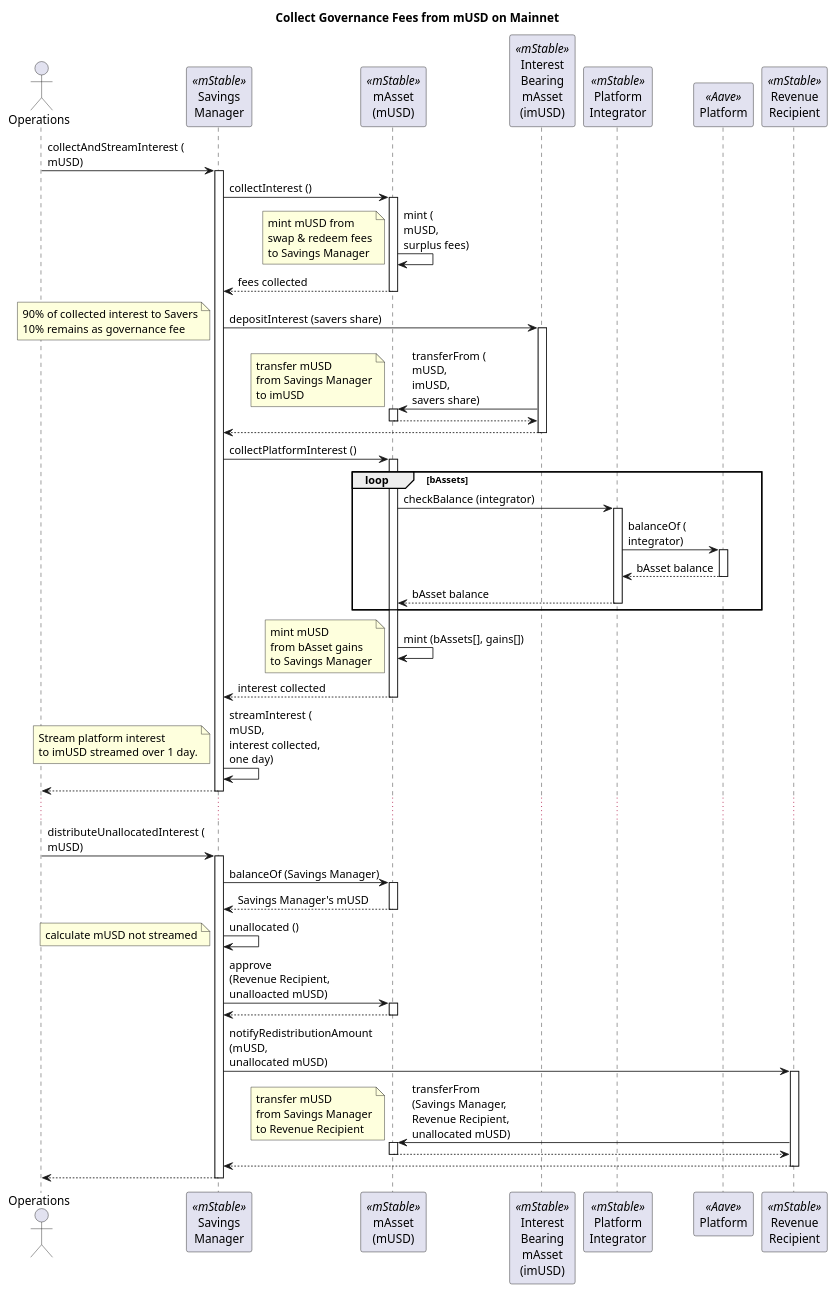
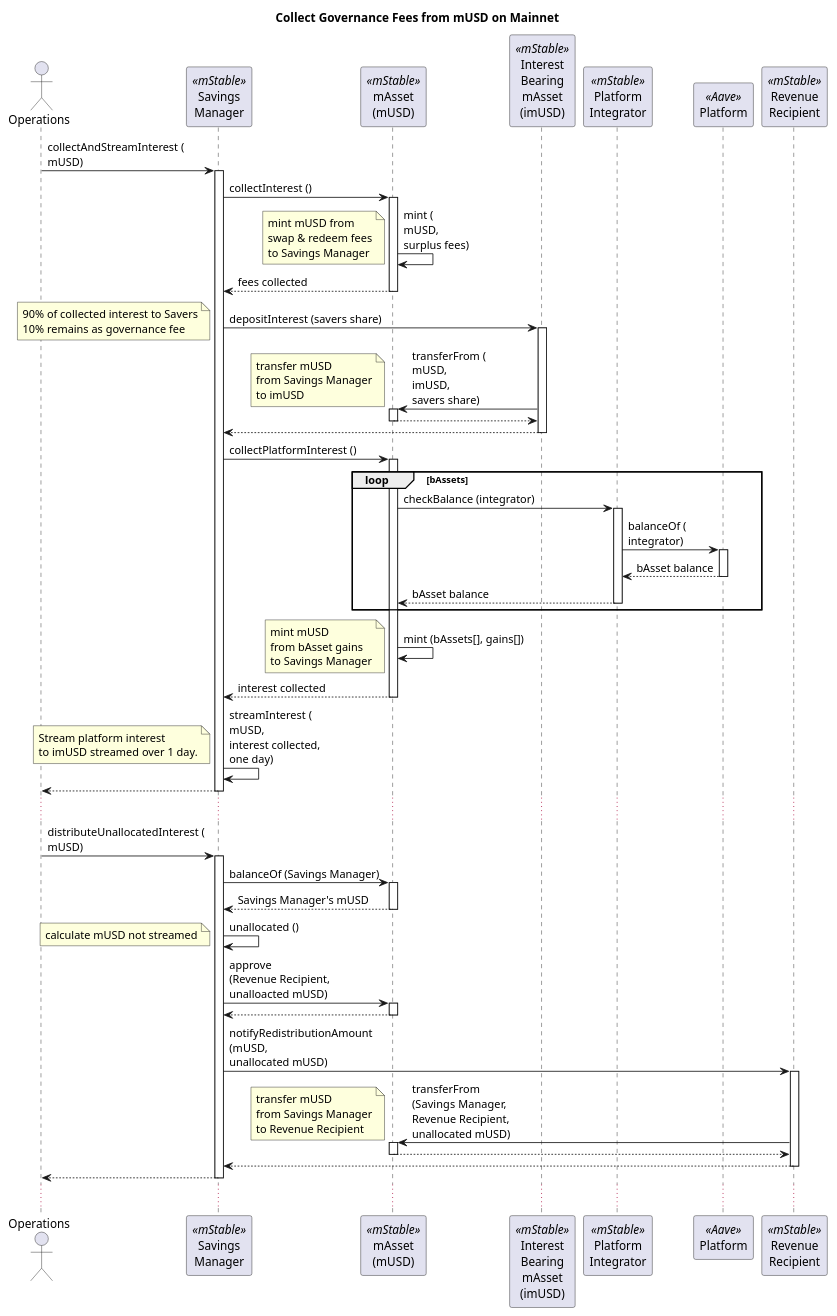
The diagram in govFeeCollection/mainnetMusdFee.puml (mstable/mStable-process-docs), drawn with PlantUML before and after one commit. The commit also changed 6 other files, not shown here.

Commit message:
chore: updated value flows

```diff
--- a/govFeeCollection/mainnetMusdFee.puml
+++ b/govFeeCollection/mainnetMusdFee.puml
@@ -1,67 +1,71 @@
 @startuml
 
 title "Collect Governance Fees from mUSD on Mainnet"
 
 actor "Operations" as op
 participant "Savings\nManager" as sm <<mStable>>
 participant "mAsset\n(mUSD)" as musd <<mStable>>
 participant "Interest\nBearing\nmAsset\n(imUSD)" as imusd <<mStable>>
 participant "Platform\nIntegrator" as int <<mStable>>
 participant "Platform" as p <<Aave>>
 participant "Revenue\nRecipient" as rr <<mStable>>
 
 op -> sm : collectAndStreamInterest (\nmUSD)
 activate sm
 sm -> musd : collectInterest ()
 activate musd
 musd -> musd : mint (\nmUSD,\nsurplus fees)
 note left : mint mUSD from \nswap & redeem fees\nto Savings Manager
 return fees collected
 sm -> imusd : depositInterest (savers share)
 activate imusd
 note left : 90% of collected interest to Savers\n10% remains as governance fee
 imusd -> musd : transferFrom (\nmUSD,\nimUSD,\nsavers share)
 note left : transfer mUSD\nfrom Savings Manager\nto imUSD
 activate musd
 return
 return
 sm -> musd : collectPlatformInterest ()
 activate musd
 loop bAssets
 musd -> int : checkBalance (integrator)
 activate int
 int -> p : balanceOf (\nintegrator)
 activate p
 return bAsset balance
 return bAsset balance
 end
 musd -> musd : mint (bAssets[], gains[])
 note left : mint mUSD\nfrom bAsset gains\nto Savings Manager
 return interest collected
 sm -> sm : streamInterest (\nmUSD,\ninterest collected,\none day)
 note left: Stream platform interest\nto imUSD streamed over 1 day.
 
 return
 
 ...
 
 op -> sm : distributeUnallocatedInterest (\nmUSD)
 activate sm
 sm -> musd : balanceOf (Savings Manager)
 activate musd
 return Savings Manager's mUSD
 sm -> sm : unallocated ()
 note left: calculate mUSD not streamed
 sm -> musd : approve\n(Revenue Recipient,\nunalloacted mUSD)
 activate musd
 return
 sm -> rr : notifyRedistributionAmount\n(mUSD,\nunallocated mUSD)
 activate rr
 rr -> musd : transferFrom\n(Savings Manager,\nRevenue Recipient,\nunallocated mUSD)
 activate musd
 note left: transfer mUSD\nfrom Savings Manager\nto Revenue Recipient
 return
 return
 return
 
+...
+
+' TODO add RevenueBuyBack buyBack and donation
+
 @enduml
```
